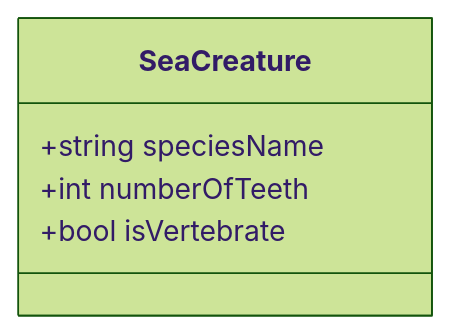
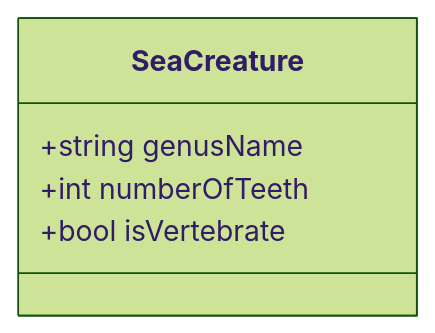
One commit to Ap6661/f26pro08bosch changed the diagram in README.md. Above: the diagram before and after it, drawn with Mermaid (forest theme). The commit also changed 3 other files, not shown here.

First line of the commit message:
Add seaCreature Endpoint

````diff
--- a/README.md
+++ b/README.md
@@ -8,7 +8,7 @@
 ```mermaid
 classDiagram
     SeaCreature
-    SeaCreature : +string speciesName
+    SeaCreature : +string genusName
     SeaCreature : +int numberOfTeeth
     SeaCreature : +bool isVertebrate
 ```
````
